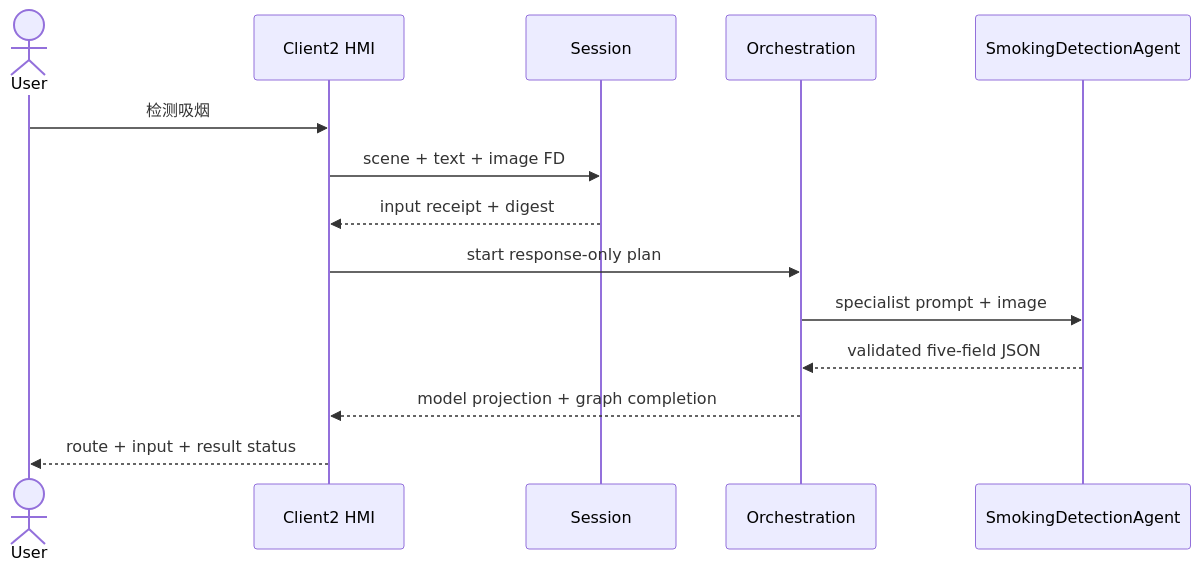
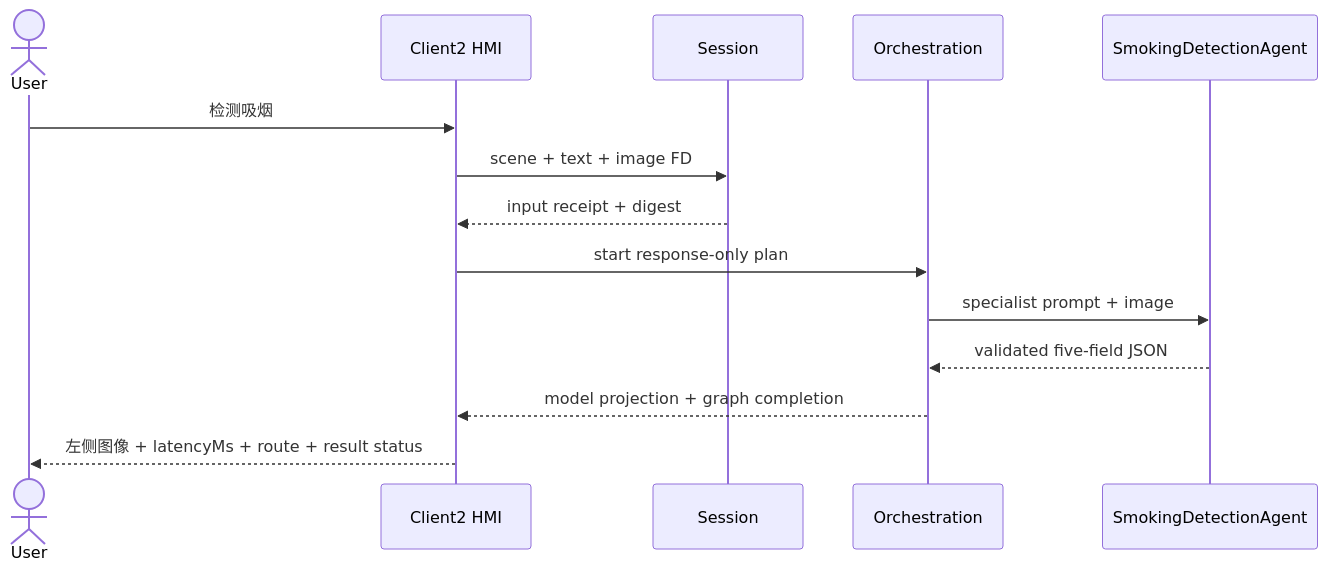
The third of 3 diagrams in docs/modules/13-client2-hmi.md (LucasWEIchen/CougarOS), drawn with Mermaid before and after one commit. The commit also changed other lines of this file and 25 other files, not shown here.

````diff
--- a/docs/modules/13-client2-hmi.md
+++ b/docs/modules/13-client2-hmi.md
@@ -209,16 +232,16 @@
 ```mermaid
 sequenceDiagram
     actor U as User
     participant H as Client2 HMI
     participant S as Session
     participant O as Orchestration
     participant A as SmokingDetectionAgent
     U->>H: 检测吸烟
     H->>S: scene + text + image FD
     S-->>H: input receipt + digest
     H->>O: start response-only plan
     O->>A: specialist prompt + image
     A-->>O: validated five-field JSON
     O-->>H: model projection + graph completion
-    H-->>U: route + input + result status
+    H-->>U: 左侧图像 + latencyMs + route + result status
 ```
````
